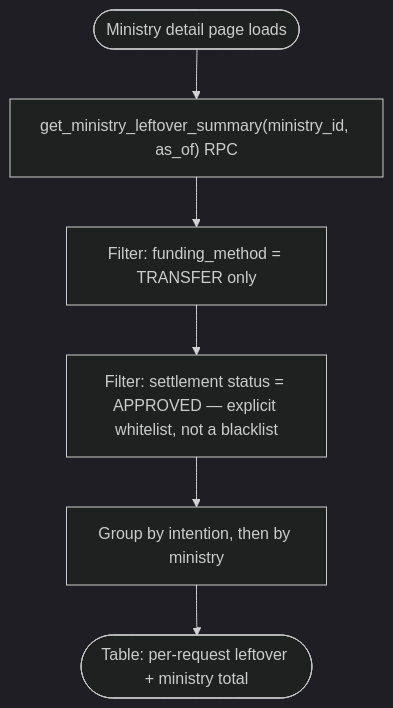
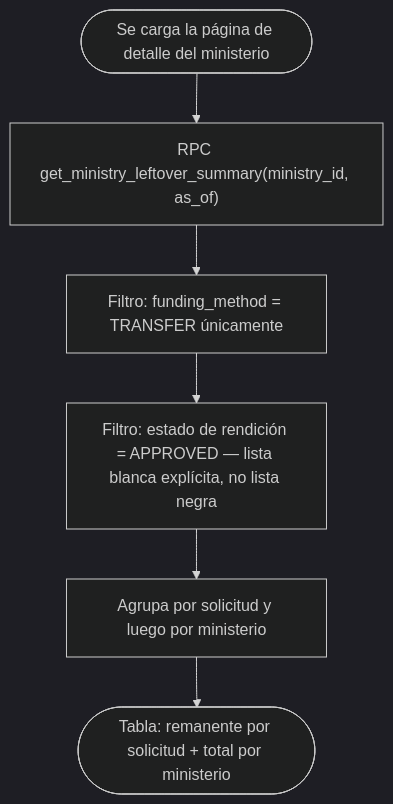
The ninth of 11 diagrams in docs/flows.md (Torfel0312/sistema_contable_pibt), drawn with Mermaid (dark theme) before and after one commit. The commit also changed other lines of this file and 11 other files, not shown here.

Commit message:
docs: refresh roles/permissions/auth docs and translate diagrams to Spanish (#83)

````diff
--- a/docs/flows.md
+++ b/docs/flows.md
@@ -216,8 +220,8 @@
 ```mermaid
 flowchart TD
-    A([Ministry detail page loads]) --> B["get_ministry_leftover_summary(ministry_id, as_of) RPC"]
-    B --> C[Filter: funding_method = TRANSFER only]
-    C --> D[Filter: settlement status = APPROVED — explicit whitelist, not a blacklist]
-    D --> E[Group by intention, then by ministry]
-    E --> F([Table: per-request leftover + ministry total])
+    A(["Se carga la página de detalle del ministerio"]) --> B["RPC get_ministry_leftover_summary(ministry_id, as_of)"]
+    B --> C[Filtro: funding_method = TRANSFER únicamente]
+    C --> D[Filtro: estado de rendición = APPROVED — lista blanca explícita, no lista negra]
+    D --> E[Agrupa por solicitud y luego por ministerio]
+    E --> F(["Tabla: remanente por solicitud + total por ministerio"])
 ```
````
